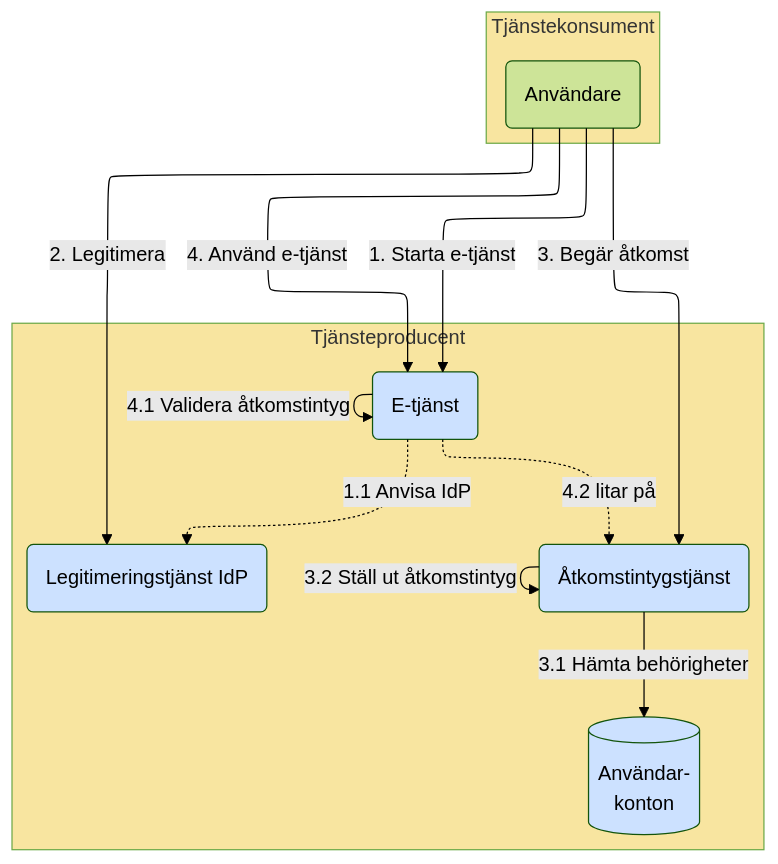
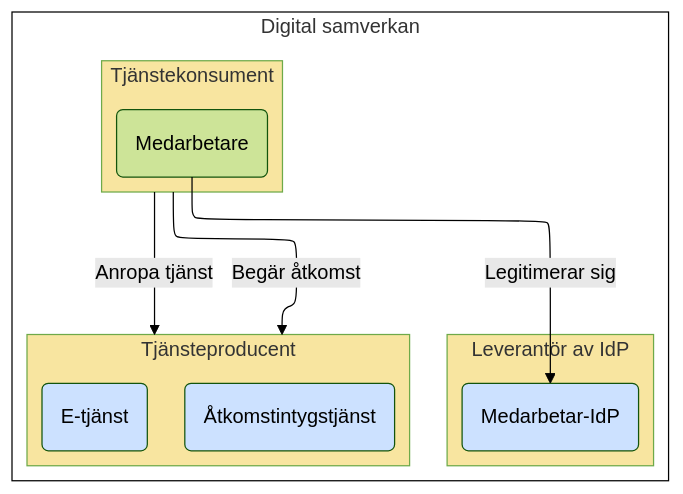
Before and after one commit to diggsweden/ena-authorization: the seventh of 10 diagrams in architecture/drafts/IAM_TargetArchitecture_Sweden.md, drawn with Mermaid (forest theme). The commit also changed other lines of this file, not shown here.

````diff
--- a/architecture/drafts/IAM_TargetArchitecture_Sweden.md
+++ b/architecture/drafts/IAM_TargetArchitecture_Sweden.md
@@ -256,31 +259,32 @@
 ```mermaid
 %%{init: {"flowchart": {"defaultRenderer": "elk"}} }%%
 flowchart TB
- 
+
 classDef org fill:#F8E5A0
 classDef comp fill:#CCE1FF
 classDef box fill:#ffffff,stroke:#000000
 
-subgraph po[Tjänsteproducent]
-    p(E-tjänst):::comp
-    idp(Legitimeringstjänst IdP):::comp
-    as(Åtkomstintygstjänst):::comp
-    udb[(Användar-<br>konton)]:::comp
+subgraph is[Digital samverkan]
+    subgraph po[Tjänsteproducent]
+        p(E-tjänst):::comp
+        as(Åtkomstintygstjänst):::comp
+    end
+    po:::org
+
+    subgraph uidpo[Leverantör av IdP]
+        uidp(Invånar-IdP):::comp
+    end
+    uidpo:::org
+
+    subgraph co[Tjänstekonsument]
+        u(Medarbetare)
+        uidp(Medarbetar-IdP):::comp
+    end
+    co:::org
 end
-po:::org
+is:::box
 
-subgraph co[Tjänstekonsument]
-    u(Användare)
-end
-co:::org
-
-u--<p>1. Starta e-tjänst-->p
-p-.<p>1#46;1 Anvisa IdP.->idp
-u--<p>2. Legitimera-->idp
-u--<p>3. Begär åtkomst-->as
-as--<p>3.1 Hämta behörigheter-->udb
-as--<p>3.2 Ställ ut åtkomstintyg-->as
-u--<p>4. Använd e-tjänst-->p
-p--<p>4.1 Validera åtkomstintyg-->p
-p-.<p>4#46;2 litar på.->as
+u--Legitimerar sig-->uidp
+co--Begär åtkomst-->po
+co--Anropa tjänst-->po
 ```
````
